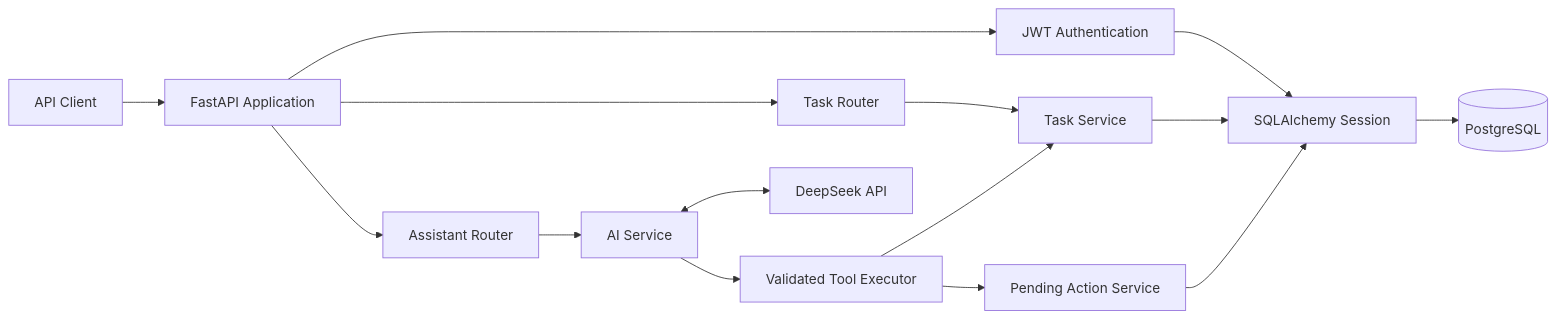
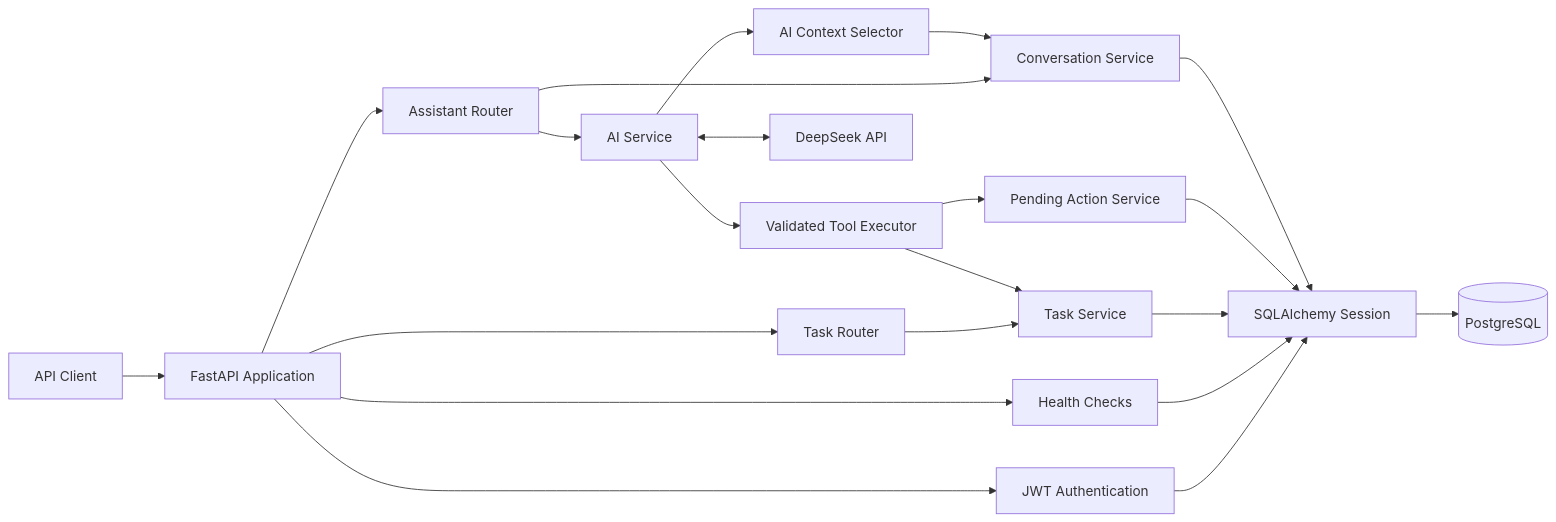
Before and after one commit to y6370918-blip/task-cli: the diagram in README.md, drawn with Mermaid. The commit also changed other lines of this file and 6 other files, not shown here.

````diff
--- a/README.md
+++ b/README.md
@@ -40,22 +50,29 @@
 ```mermaid
 flowchart LR
     Client[API Client] --> FastAPI[FastAPI Application]
 
+    FastAPI --> Health[Health Checks]
     FastAPI --> Auth[JWT Authentication]
     FastAPI --> TaskRouter[Task Router]
     FastAPI --> AssistantRouter[Assistant Router]
 
     Auth --> DatabaseLayer[SQLAlchemy Session]
+    Health --> DatabaseLayer
     TaskRouter --> TaskService[Task Service]
 
+    AssistantRouter --> ConversationService[Conversation Service]
     AssistantRouter --> AIService[AI Service]
+
+    AIService --> ContextSelector[AI Context Selector]
+    ContextSelector --> ConversationService
     AIService <--> DeepSeek[DeepSeek API]
     AIService --> ToolExecutor[Validated Tool Executor]
 
     ToolExecutor --> TaskService
     ToolExecutor --> ActionService[Pending Action Service]
 
     TaskService --> DatabaseLayer
     ActionService --> DatabaseLayer
+    ConversationService --> DatabaseLayer
     DatabaseLayer --> PostgreSQL[(PostgreSQL)]
 ```
````
